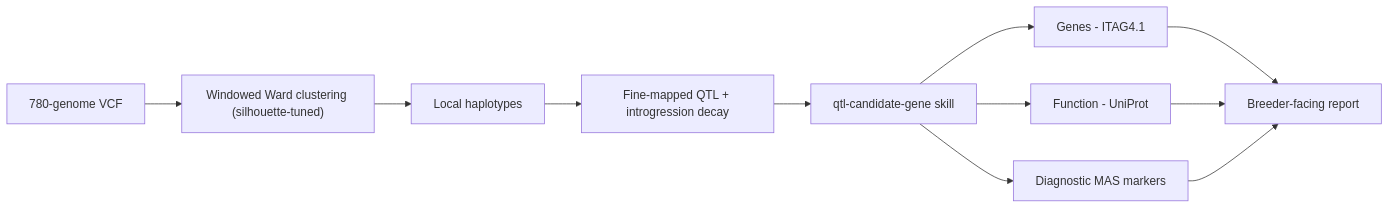
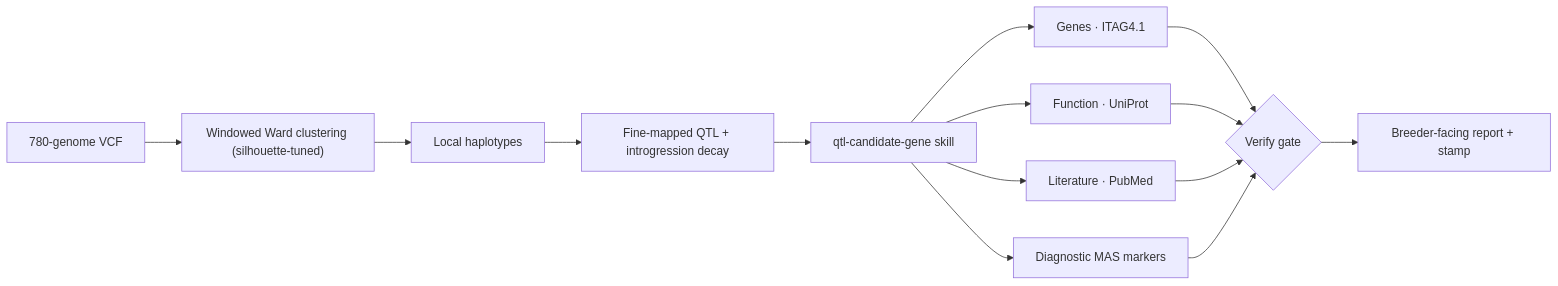
One commit to tayloranthonyanderson/haploqtl changed the first of 2 diagrams in README.md. Above: the diagram before and after it, drawn with Mermaid. The commit also changed other lines of this file, not shown here.

First line of the commit message:
README: drop the completed roadmap; diagram the self-verifying skill workflow

````diff
--- a/README.md
+++ b/README.md
@@ -30,13 +30,16 @@
 ```mermaid
 flowchart LR
   V["780-genome VCF"] --> C["Windowed Ward clustering (silhouette-tuned)"]
   C --> H["Local haplotypes"]
   H --> Q["Fine-mapped QTL + introgression decay"]
   Q --> S["qtl-candidate-gene skill"]
-  S --> G["Genes - ITAG4.1"]
-  S --> U["Function - UniProt"]
+  S --> G["Genes · ITAG4.1"]
+  S --> U["Function · UniProt"]
+  S --> L["Literature · PubMed"]
   S --> M["Diagnostic MAS markers"]
-  G --> R["Breeder-facing report"]
-  U --> R
-  M --> R
+  G --> VG{"Verify gate"}
+  U --> VG
+  L --> VG
+  M --> VG
+  VG --> R["Breeder-facing report + stamp"]
 ```
````
